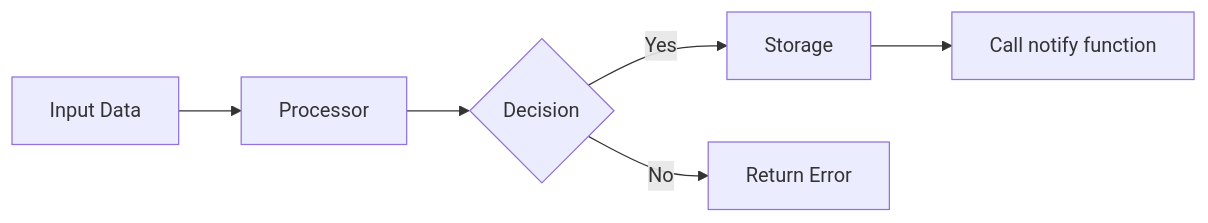
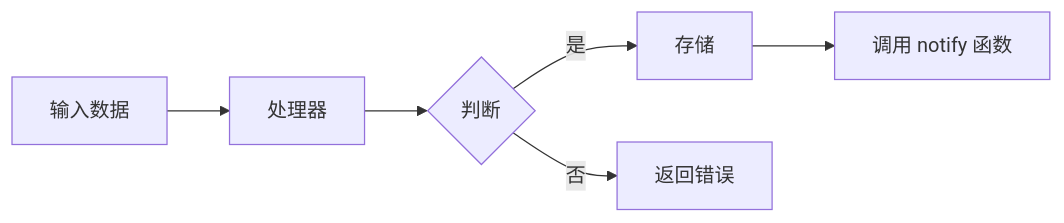
The second of 3 diagrams in .claude/agents/kfc/spec-design.md (Stonelukas/stash-userscripts), drawn with Mermaid before and after one commit. The commit also changed other lines of this file and 25 other files, not shown here.

````diff
--- a/.claude/agents/kfc/spec-design.md
+++ b/.claude/agents/kfc/spec-design.md
@@ -75,8 +75,8 @@
 ```mermaid
 graph LR
-    A[Input Data] --> B[Processor]
-    B --> C{Decision}
-    C -->|Yes| D[Storage]
-    C -->|No| E[Return Error]
-    D --> F[Call notify function]
+    A[输入数据] --> B[处理器]
+    B --> C{判断}
+    C -->|是| D[存储]
+    C -->|否| E[返回错误]
+    D --> F[调用 notify 函数]
 ```
````
